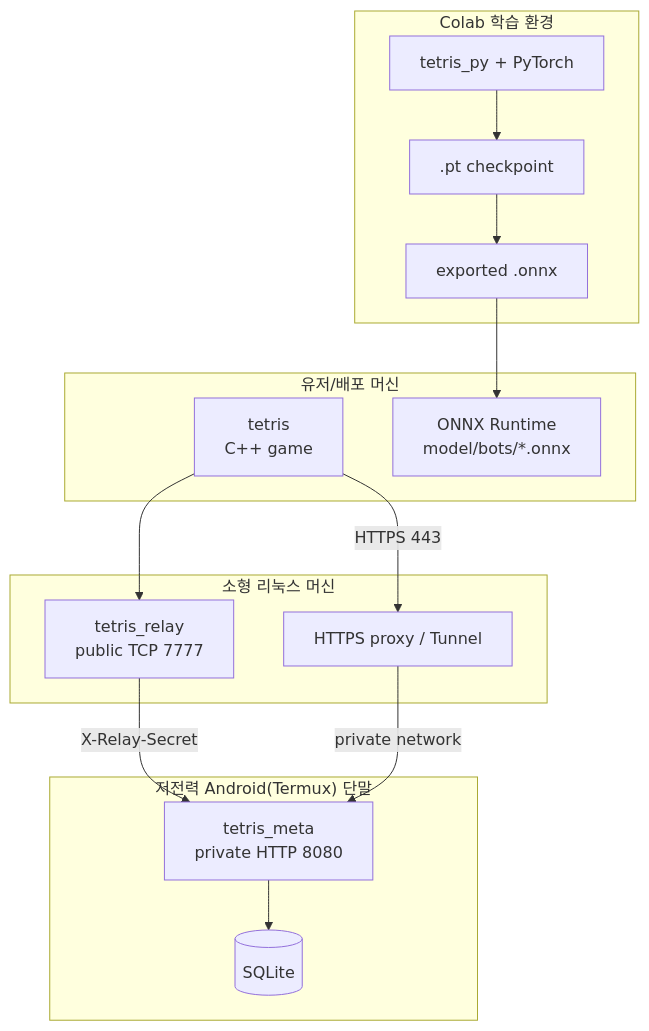
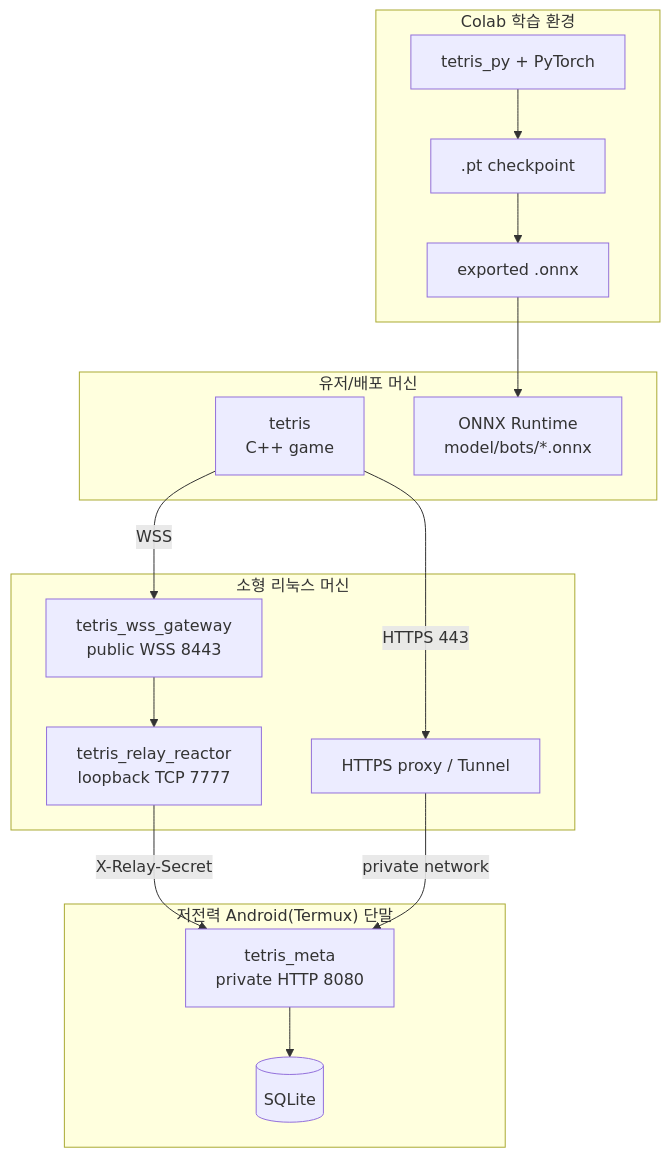
The second of 2 diagrams in docs/blog/README.md (Rein-ArXiv/Tetris-Multiplayer-RL), drawn with Mermaid before and after one commit. The commit also changed other lines of this file and 91 other files, not shown here.

````diff
--- a/docs/blog/README.md
+++ b/docs/blog/README.md
@@ -175,30 +190,31 @@
 ```mermaid
 graph TB
     subgraph User["유저/배포 머신"]
         G[tetris<br/>C++ game]
         ORT[ONNX Runtime<br/>model/bots/*.onnx]
     end
 
     subgraph RelayHost["소형 리눅스 머신"]
-        R[tetris_relay<br/>public TCP 7777]
+        W[tetris_wss_gateway<br/>public WSS 8443]
+        R[tetris_relay_reactor<br/>loopback TCP 7777]
         E[HTTPS proxy / Tunnel]
     end
 
     subgraph MetaHost["저전력 Android(Termux) 단말"]
         M[tetris_meta<br/>private HTTP 8080]
         DB[(SQLite)]
     end
 
     subgraph Colab["Colab 학습 환경"]
         PY[tetris_py + PyTorch]
         CKPT[.pt checkpoint]
         ONNX[exported .onnx]
     end
 
-    G --> R
+    G -- WSS --> W --> R
     G -- HTTPS 443 --> E
     R -- X-Relay-Secret --> M
     E -- private network --> M
     M --> DB
     PY --> CKPT --> ONNX --> ORT
 ```
````
